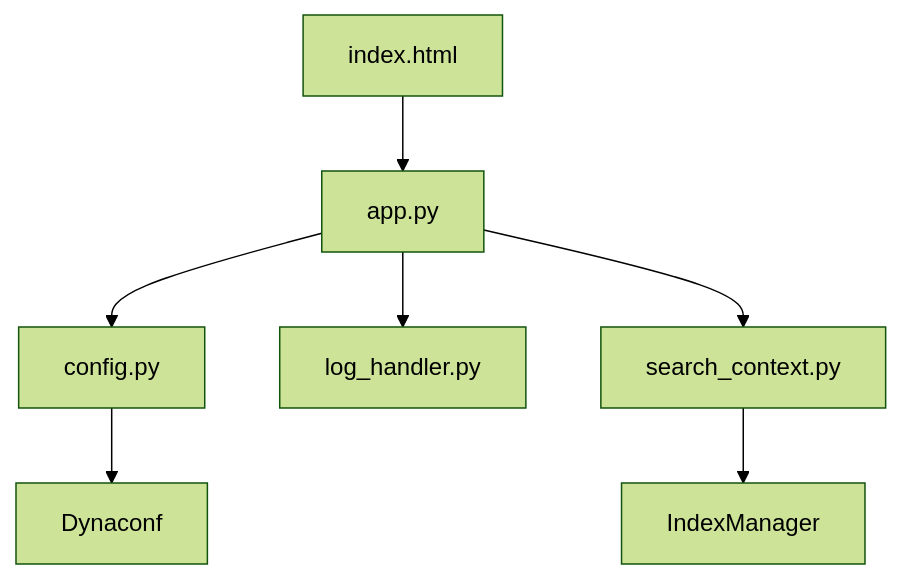
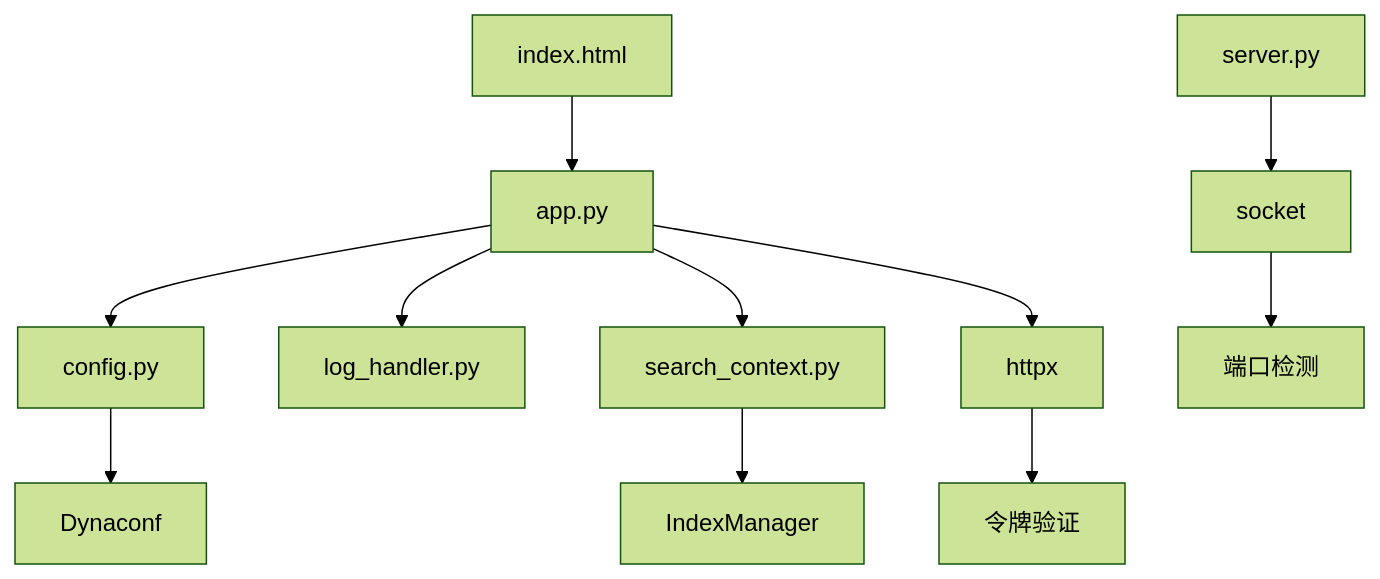
One commit to gittool/acemcp changed the seventh of 7 diagrams in .qoder/repowiki/zh/content/Web管理界面.md. Above: the diagram before and after it, drawn with Mermaid (forest theme). The commit also changed other lines of this file and 3 other files, not shown here.

````diff
--- a/.qoder/repowiki/zh/content/Web管理界面.md
+++ b/.qoder/repowiki/zh/content/Web管理界面.md
@@ -174,9 +193,13 @@
 ```mermaid
 graph TD
 A[app.py] --> B[config.py]
 A --> C[log_handler.py]
 A --> D[search_context.py]
-E[index.html] --> A
-B --> F[Dynaconf]
-D --> G[IndexManager]
+A --> E[httpx]
+E --> F[令牌验证]
+G[index.html] --> A
+B --> H[Dynaconf]
+D --> I[IndexManager]
+J[server.py] --> K[socket]
+K --> L[端口检测]
 ```
````
